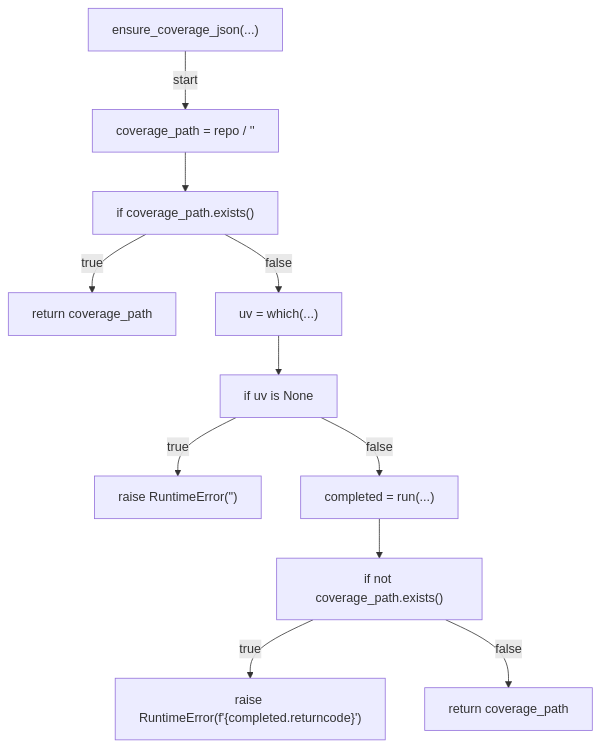
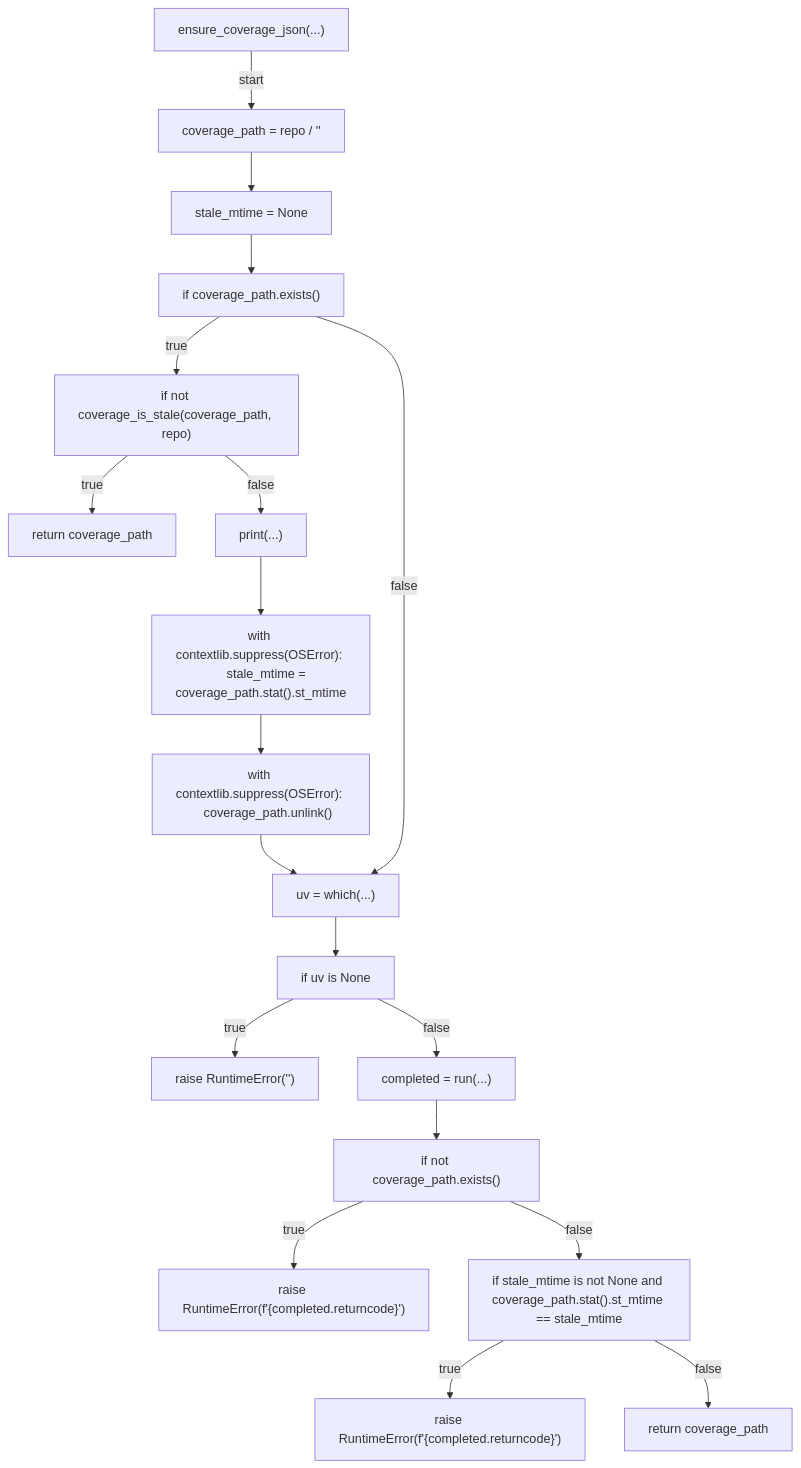
The fourth of 7 diagrams in docs/generated/scripts/ast/preflight_coverage.md (tvna/claude-md), drawn with Mermaid before and after one commit. The commit also changed other lines of this file and 2 other files, not shown here.

Commit message:
docs(generated): regenerate decision tree and workflow diagrams
Refs #960

````diff
--- a/docs/generated/scripts/ast/preflight_coverage.md
+++ b/docs/generated/scripts/ast/preflight_coverage.md
@@ -24,24 +60,39 @@
 ```mermaid
 flowchart TD
     N001["ensure_coverage_json(...)"]
     N002["coverage_path = repo / '<str>'"]
-    N003["if coverage_path.exists()"]
-    N004["return coverage_path"]
-    N005["uv = which(...)"]
-    N006["if uv is None"]
-    N007["raise RuntimeError('<str>')"]
-    N008["completed = run(...)"]
-    N009["if not coverage_path.exists()"]
-    N010["raise RuntimeError(f'<str>{completed.returncode}<str>')"]
-    N011["return coverage_path"]
+    N003["stale_mtime = None"]
+    N004["if coverage_path.exists()"]
+    N005["if not coverage_is_stale(coverage_path, repo)"]
+    N006["return coverage_path"]
+    N007["print(...)"]
+    N008["with contextlib.suppress(OSError):     stale_mtime = coverage_path.stat().st_mtime"]
+    N009["with contextlib.suppress(OSError):     coverage_path.unlink()"]
+    N010["uv = which(...)"]
+    N011["if uv is None"]
+    N012["raise RuntimeError('<str>')"]
+    N013["completed = run(...)"]
+    N014["if not coverage_path.exists()"]
+    N015["raise RuntimeError(f'<str>{completed.returncode}<str>')"]
+    N016["if stale_mtime is not None and coverage_path.stat().st_mtime == stale_mtime"]
+    N017["raise RuntimeError(f'<str>{completed.returncode}<str>')"]
+    N018["return coverage_path"]
     N001 -->|"start"| N002
     N002 --> N003
-    N003 -->|"true"| N004
-    N003 -->|"false"| N005
-    N005 --> N006
-    N006 -->|"true"| N007
-    N006 -->|"false"| N008
+    N003 --> N004
+    N004 -->|"true"| N005
+    N005 -->|"true"| N006
+    N005 -->|"false"| N007
+    N007 --> N008
     N008 --> N009
-    N009 -->|"true"| N010
-    N009 -->|"false"| N011
+    N009 --> N010
+    N004 -->|"false"| N010
+    N010 --> N011
+    N011 -->|"true"| N012
+    N011 -->|"false"| N013
+    N013 --> N014
+    N014 -->|"true"| N015
+    N014 -->|"false"| N016
+    N016 -->|"true"| N017
+    N016 -->|"false"| N018
 ```
````
